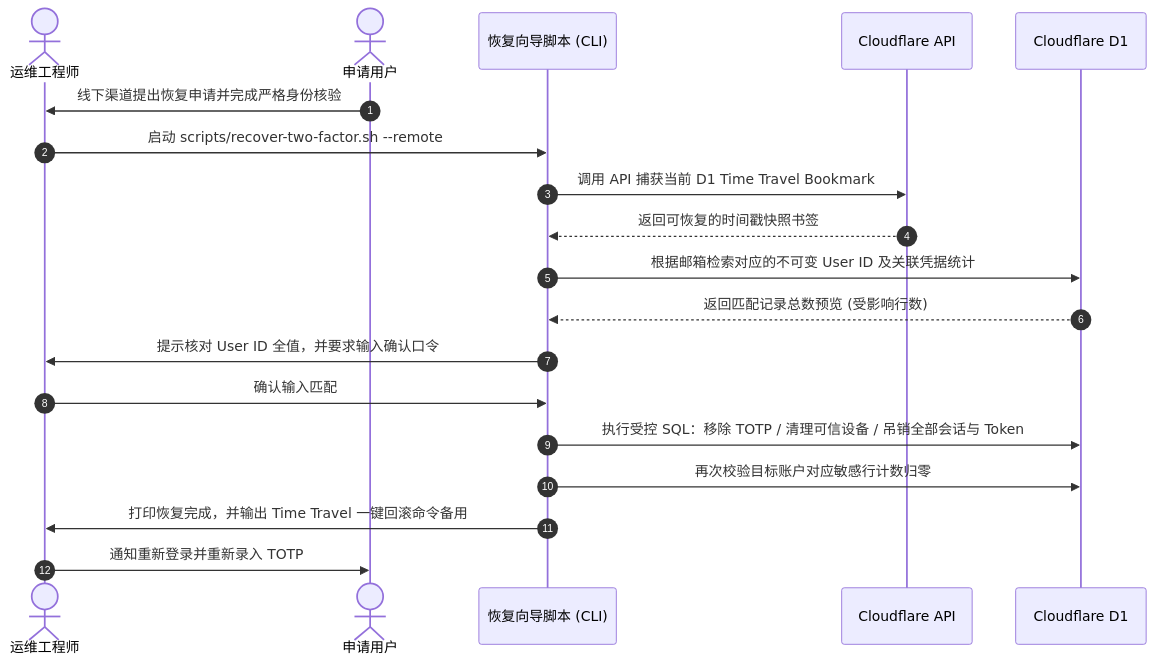
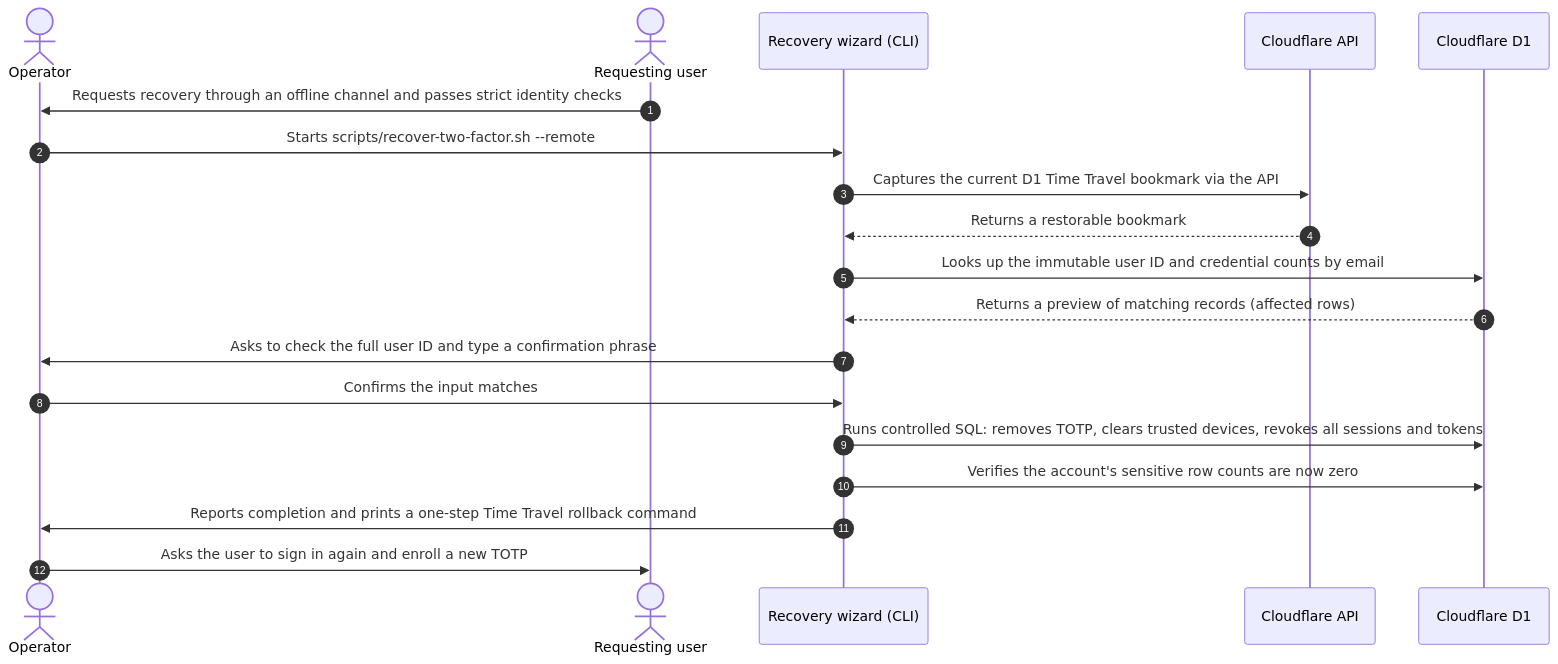
Before and after one commit to Jazee6/astro-blur: the third of 3 diagrams in src/content/posts/easy-auth.md, drawn with Mermaid. The commit also changed other lines of this file and 1 other file, not shown here.

````diff
--- a/src/content/posts/easy-auth.md
+++ b/src/content/posts/easy-auth.md
@@ -354,22 +353,22 @@
 ```mermaid
 sequenceDiagram
     autonumber
-    actor Ops as 运维工程师
-    actor User as 申请用户
-    participant Wizard as 恢复向导脚本 (CLI)
+    actor Ops as Operator
+    actor User as Requesting user
+    participant Wizard as Recovery wizard (CLI)
     participant CF as Cloudflare API
     participant D1 as Cloudflare D1
 
-    User->>Ops: 线下渠道提出恢复申请并完成严格身份核验
-    Ops->>Wizard: 启动 scripts/recover-two-factor.sh --remote
-    Wizard->>CF: 调用 API 捕获当前 D1 Time Travel Bookmark
-    CF-->>Wizard: 返回可恢复的时间戳快照书签
-    Wizard->>D1: 根据邮箱检索对应的不可变 User ID 及关联凭据统计
-    D1-->>Wizard: 返回匹配记录总数预览 (受影响行数)
-    Wizard->>Ops: 提示核对 User ID 全值，并要求输入确认口令
-    Ops->>Wizard: 确认输入匹配
-    Wizard->>D1: 执行受控 SQL：移除 TOTP / 清理可信设备 / 吊销全部会话与 Token
-    Wizard->>D1: 再次校验目标账户对应敏感行计数归零
-    Wizard->>Ops: 打印恢复完成，并输出 Time Travel 一键回滚命令备用
-    Ops->>User: 通知重新登录并重新录入 TOTP
+    User->>Ops: Requests recovery through an offline channel and passes strict identity checks
+    Ops->>Wizard: Starts scripts/recover-two-factor.sh --remote
+    Wizard->>CF: Captures the current D1 Time Travel bookmark via the API
+    CF-->>Wizard: Returns a restorable bookmark
+    Wizard->>D1: Looks up the immutable user ID and credential counts by email
+    D1-->>Wizard: Returns a preview of matching records (affected rows)
+    Wizard->>Ops: Asks to check the full user ID and type a confirmation phrase
+    Ops->>Wizard: Confirms the input matches
+    Wizard->>D1: Runs controlled SQL: removes TOTP, clears trusted devices, revokes all sessions and tokens
+    Wizard->>D1: Verifies the account's sensitive row counts are now zero
+    Wizard->>Ops: Reports completion and prints a one-step Time Travel rollback command
+    Ops->>User: Asks the user to sign in again and enroll a new TOTP
 ```
````
